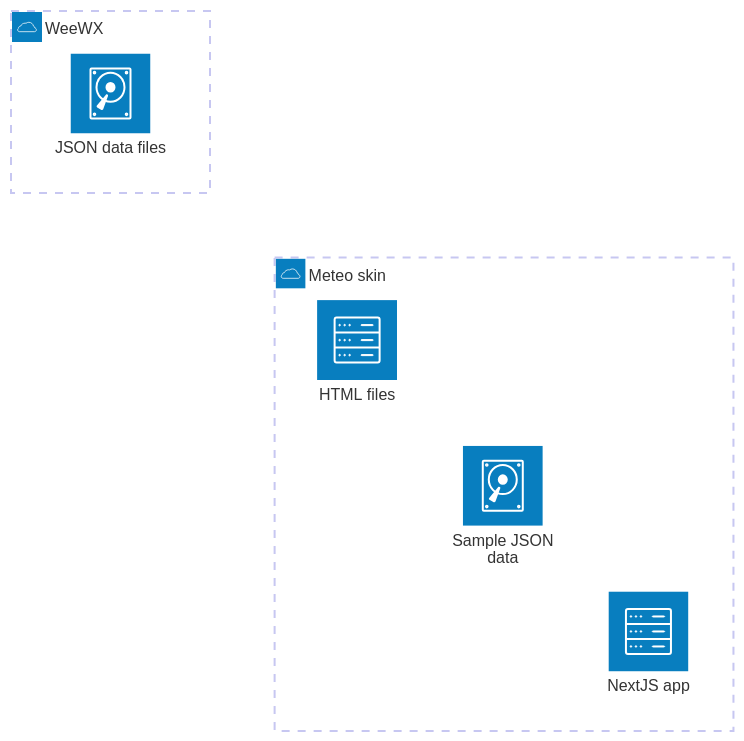
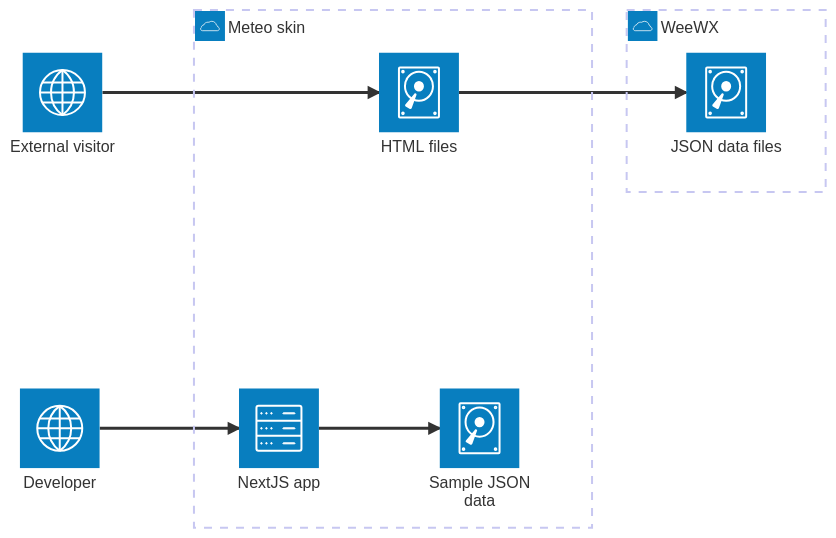
One commit to bourquep/weewx-me.teo changed the diagram in README.md. Above: the diagram before and after it, drawn with Mermaid. The commit also changed other lines of this file, not shown here.

Commit message:
WIP: Architecture diagram

````diff
--- a/README.md
+++ b/README.md
@@ -87,10 +89,19 @@
 ```mermaid
 architecture-beta
   group skin(cloud)[Meteo skin]
   group weewx(cloud)[WeeWX]
 
   service nextjs(server)[NextJS app] in skin
   service sample(disk)[Sample JSON data] in skin
   service json(disk)[JSON data files] in weewx
-  service html(server)[HTML files] in skin
+  service html(disk)[HTML files] in skin
+
+  service visitor(internet)[External visitor]
+  service developer(internet)[Developer]
+
+  visitor:R --> L:html
+  html:R --> L:json
+
+  developer:R --> L:nextjs
+  nextjs:R --> L:sample
 ```
````
